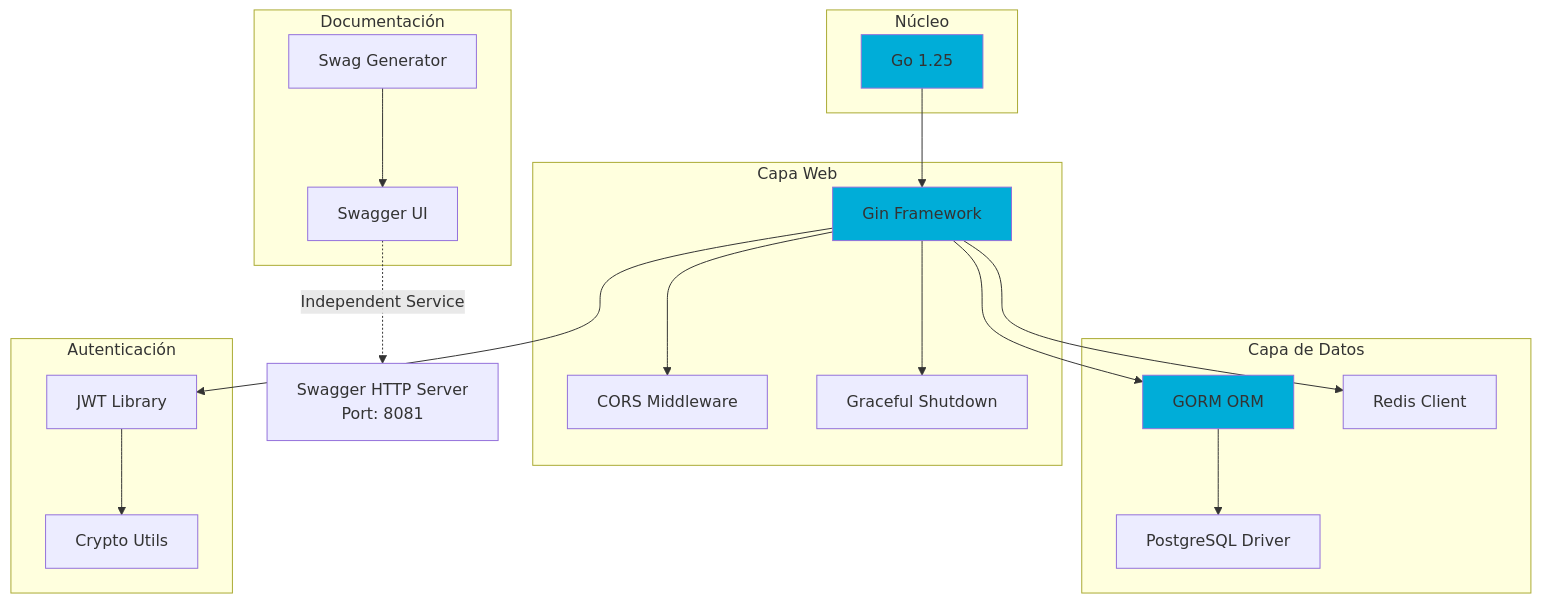
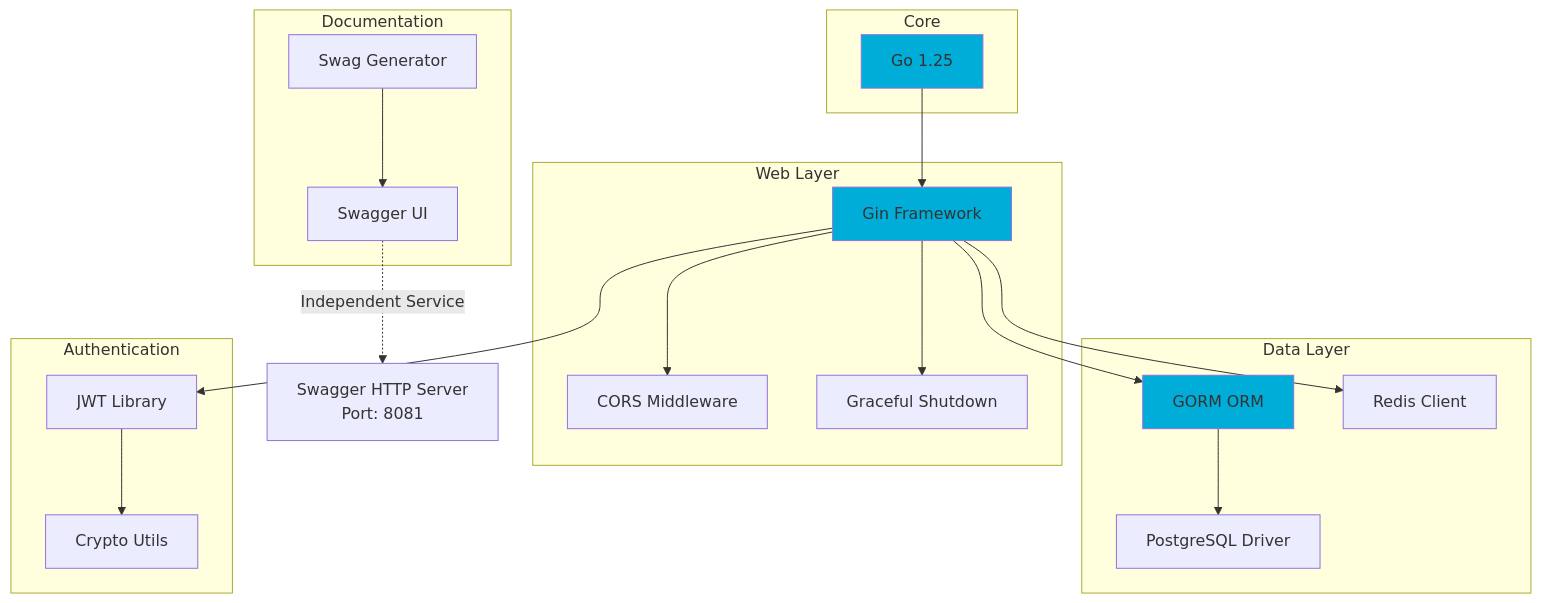
Before and after one commit to Simon3640/GoProjectSkeleton: diagram 16 of 27 in README.md, drawn with Mermaid. The commit also changed other lines of this file and 1 other file, not shown here.

````diff
--- a/README.md
+++ b/README.md
@@ -2793,43 +2793,43 @@
 ```mermaid
 graph TB
-    subgraph Core["Núcleo"]
+    subgraph Core["Core"]
         Go[Go 1.25]
     end
 
-    subgraph Web["Capa Web"]
+    subgraph Web["Web Layer"]
         Gin[Gin Framework]
         CORS[CORS Middleware]
         Graceful[Graceful Shutdown]
     end
 
-    subgraph Data["Capa de Datos"]
+    subgraph Data["Data Layer"]
         GORM[GORM ORM]
         PostgreSQL[PostgreSQL Driver]
         Redis[Redis Client]
     end
 
-    subgraph Auth["Autenticación"]
+    subgraph Auth["Authentication"]
         JWT[JWT Library]
         Crypto[Crypto Utils]
     end
 
-    subgraph Docs["Documentación"]
+    subgraph Docs["Documentation"]
         Swag[Swag Generator]
         SwaggerUI[Swagger UI]
     end
 
     Go --> Gin
     Gin --> CORS
     Gin --> Graceful
     Gin --> GORM
     GORM --> PostgreSQL
     Gin --> Redis
     Gin --> JWT
     JWT --> Crypto
     Swag --> SwaggerUI
     SwaggerUI -.->|Independent Service| SwaggerServer[Swagger HTTP Server<br/>Port: 8081]
 
     style Go fill:#00ADD8
     style Gin fill:#00ADD8
     style GORM fill:#00ADD8
 ```
````
